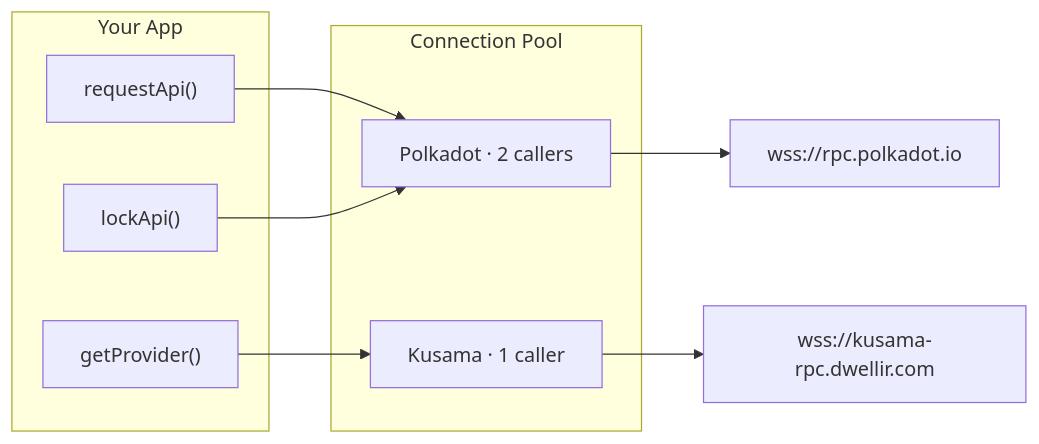
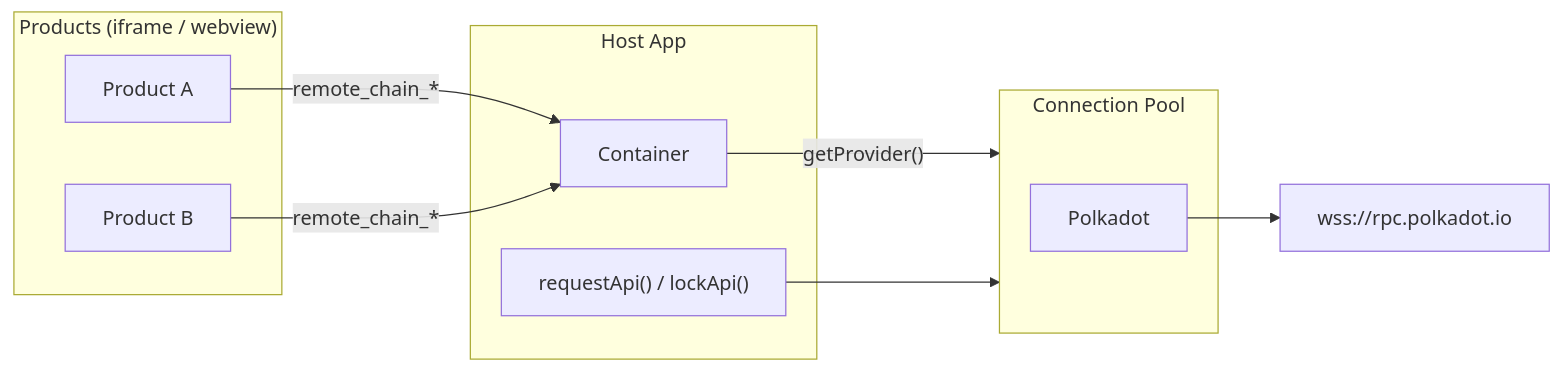
The diagram in packages/host-substrate-chain-connection/README.md (paritytech/triangle-js-sdks), drawn with Mermaid before and after one commit. The commit also changed other lines of this file, not shown here.

````diff
--- a/packages/host-substrate-chain-connection/README.md
+++ b/packages/host-substrate-chain-connection/README.md
@@ -611,20 +420,24 @@
 ```mermaid
 graph LR
-  subgraph Your App
-    A["requestApi()"]
-    B["lockApi()"]
-    C["getProvider()"]
+  subgraph Products ["Products (iframe / webview)"]
+    P1["Product A"]
+    P2["Product B"]
   end
 
-  A --> P1
-  B --> P1
-  C --> P2
-
-  subgraph Connection Pool
-    P1["Polkadot · 2 callers"]
-    P2["Kusama · 1 caller"]
+  subgraph Host App
+    HA["requestApi() / lockApi()"]
+    Container
   end
 
-  P1 --> W1["wss://rpc.polkadot.io"]
-  P2 --> W2["wss://kusama-rpc.dwellir.com"]
+  P1 -- "remote_chain_*" --> Container
+  P2 -- "remote_chain_*" --> Container
+  Container -- "getProvider()" --> Pool
+
+  HA --> Pool
+
+  subgraph Pool ["Connection Pool"]
+    C1["Polkadot"]
+  end
+
+  C1 --> W1["wss://rpc.polkadot.io"]
 ```
````
